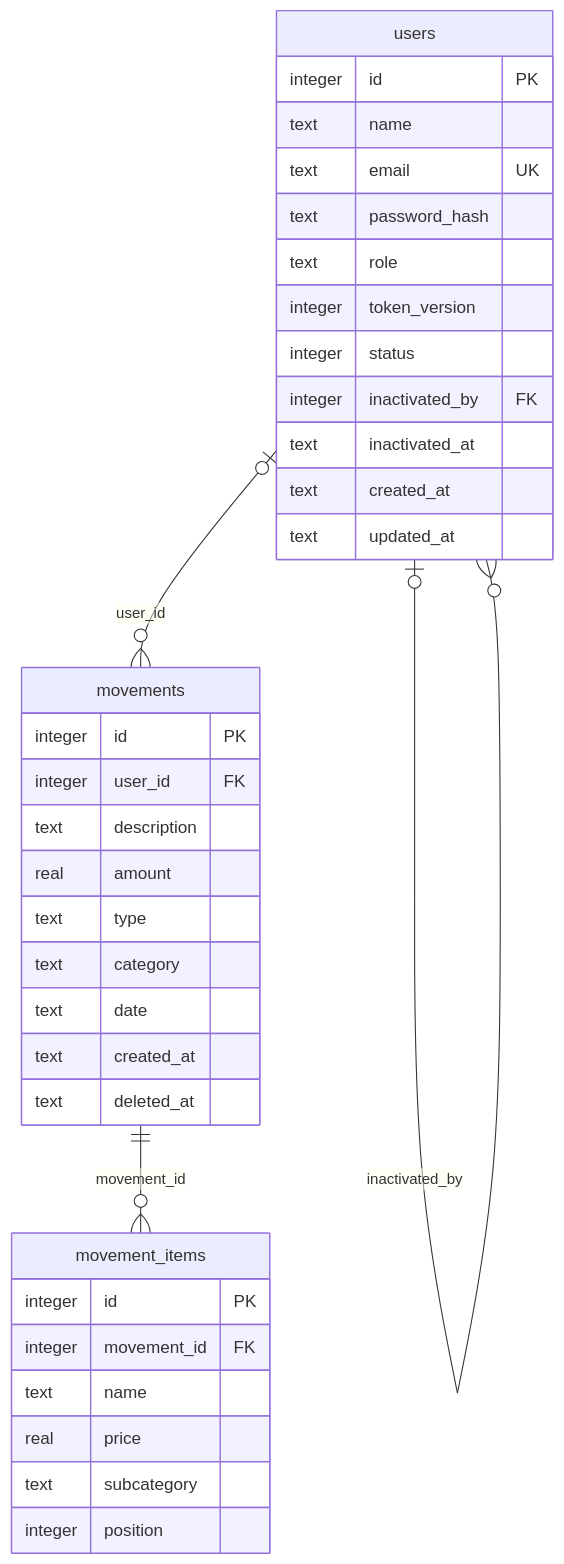
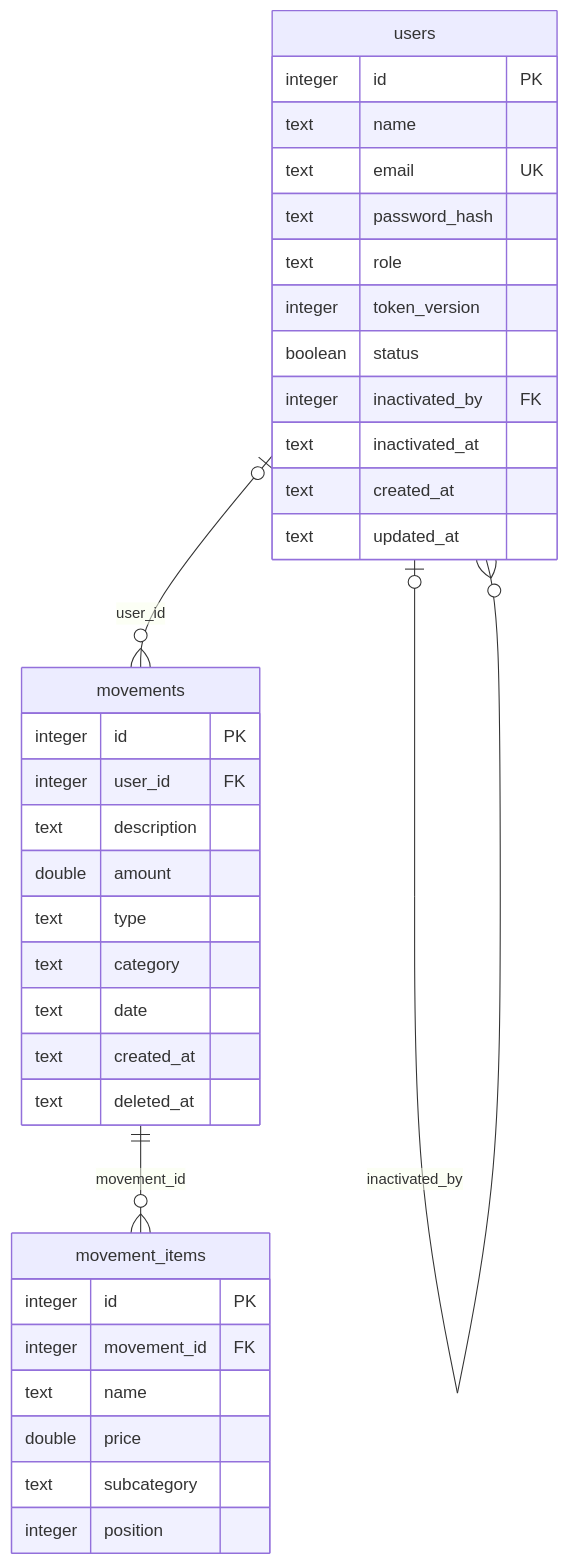
One commit to NoahXD-dev/finanzas-personales-backend changed the third of 3 diagrams in README.md. Above: the diagram before and after it, drawn with Mermaid. The commit also changed other lines of this file and 36 other files, not shown here.

````diff
--- a/README.md
+++ b/README.md
@@ -119,41 +119,41 @@
 ```mermaid
 erDiagram
     users |o--o{ movements : "user_id" 
     users |o--o{ users : "inactivated_by" 
     movements ||--o{ movement_items : "movement_id"
 
     users {
         integer id PK
         text name
         text email UK
         text password_hash
         text role
         integer token_version
-        integer status
+        boolean status
         integer inactivated_by FK
         text inactivated_at
         text created_at
         text updated_at
     }
 
     movements {
         integer id PK
         integer user_id FK
         text description
-        real amount
+        double amount
         text type
         text category
         text date
         text created_at
         text deleted_at
     }
 
     movement_items {
         integer id PK
         integer movement_id FK
         text name
-        real price
+        double price
         text subcategory
         integer position
     }
 ```
````
